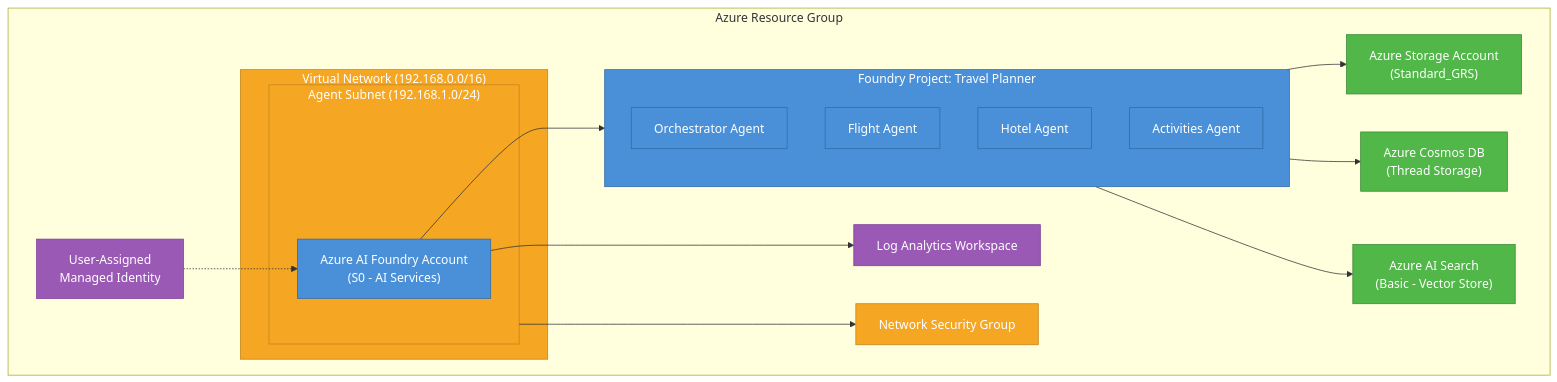
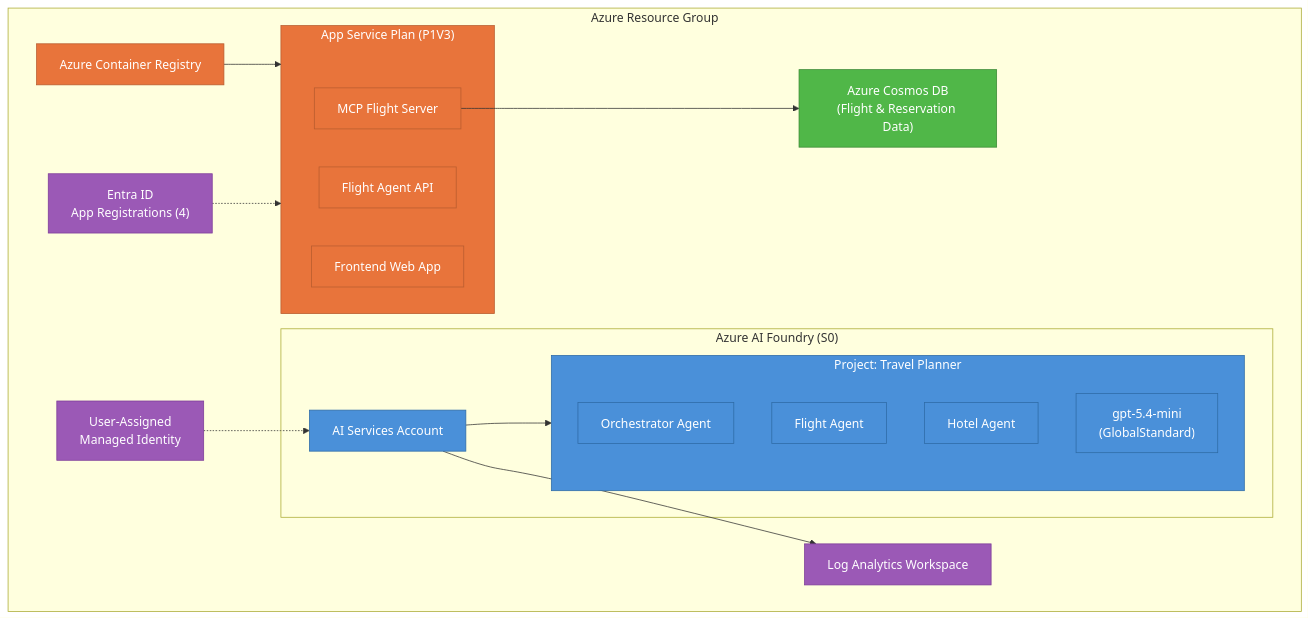
The first of 2 diagrams in README.md (hugogirard/multi-agent-foundry-demo), drawn with Mermaid before and after one commit. The commit also changed other lines of this file and 6 other files, not shown here.

````diff
--- a/README.md
+++ b/README.md
@@ -9,42 +9,43 @@
 ```mermaid
 graph TB
     subgraph RG["Azure Resource Group"]
-        subgraph VNet["Virtual Network (192.168.0.0/16)"]
-            subgraph Subnet["Agent Subnet (192.168.1.0/24)"]
-                FoundryAccount["Azure AI Foundry Account<br/>(S0 - AI Services)"]
+        subgraph Foundry["Azure AI Foundry (S0)"]
+            FoundryAccount["AI Services Account"]
+            subgraph Project["Project: Travel Planner"]
+                Orchestrator["Orchestrator Agent"]
+                FlightAgent["Flight Agent"]
+                HotelAgent["Hotel Agent"]
+                Model["gpt-5.4-mini<br/>(GlobalStandard)"]
             end
         end
 
-        subgraph Project["Foundry Project: Travel Planner"]
-            Orchestrator["Orchestrator Agent"]
-            FlightAgent["Flight Agent"]
-            HotelAgent["Hotel Agent"]
-            ActivitiesAgent["Activities Agent"]
+        subgraph AppService["App Service Plan (P1V3)"]
+            MCPFlightServer["MCP Flight Server"]
+            FlightAgentAPI["Flight Agent API"]
+            Frontend["Frontend Web App"]
         end
 
-        Storage["Azure Storage Account<br/>(Standard_GRS)"]
-        CosmosDB["Azure Cosmos DB<br/>(Thread Storage)"]
-        AISearch["Azure AI Search<br/>(Basic - Vector Store)"]
+        ACR["Azure Container Registry"]
+        CosmosDB["Azure Cosmos DB<br/>(Flight & Reservation Data)"]
         LogAnalytics["Log Analytics Workspace"]
         Identity["User-Assigned<br/>Managed Identity"]
-        NSG["Network Security Group"]
+        EntraID["Entra ID<br/>App Registrations (4)"]
     end
 
     FoundryAccount --> Project
-    Project --> Storage
-    Project --> CosmosDB
-    Project --> AISearch
+    MCPFlightServer --> CosmosDB
+    ACR --> AppService
     FoundryAccount --> LogAnalytics
-    Subnet --> NSG
     Identity -.-> FoundryAccount
+    EntraID -.-> AppService
 
     classDef ai fill:#4A90D9,stroke:#2E6BA6,color:#fff
+    classDef compute fill:#E8743B,stroke:#B85C2F,color:#fff
     classDef data fill:#50B748,stroke:#3A8A35,color:#fff
-    classDef network fill:#F5A623,stroke:#C4841C,color:#fff
     classDef monitor fill:#9B59B6,stroke:#7D3C98,color:#fff
 
-    class FoundryAccount,Project,Orchestrator,FlightAgent,HotelAgent,ActivitiesAgent ai
-    class Storage,CosmosDB,AISearch data
-    class VNet,Subnet,NSG network
-    class LogAnalytics,Identity monitor
+    class FoundryAccount,Project,Orchestrator,FlightAgent,HotelAgent,Model ai
+    class AppService,MCPFlightServer,FlightAgentAPI,Frontend,ACR compute
+    class CosmosDB data
+    class LogAnalytics,Identity,EntraID monitor
 ```
````
